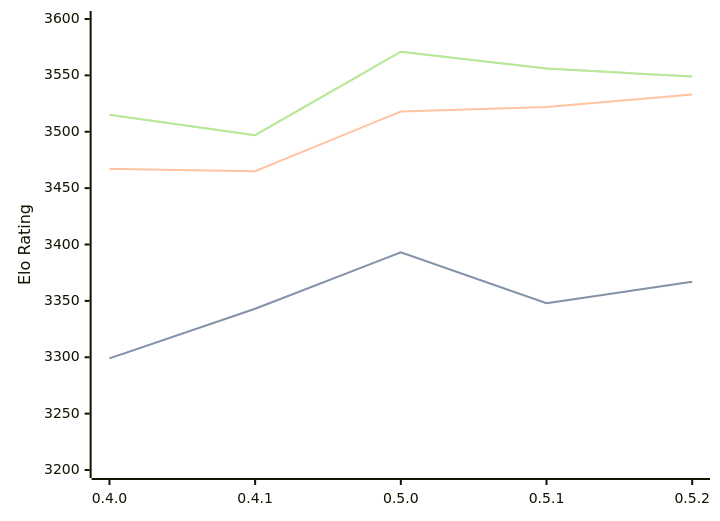
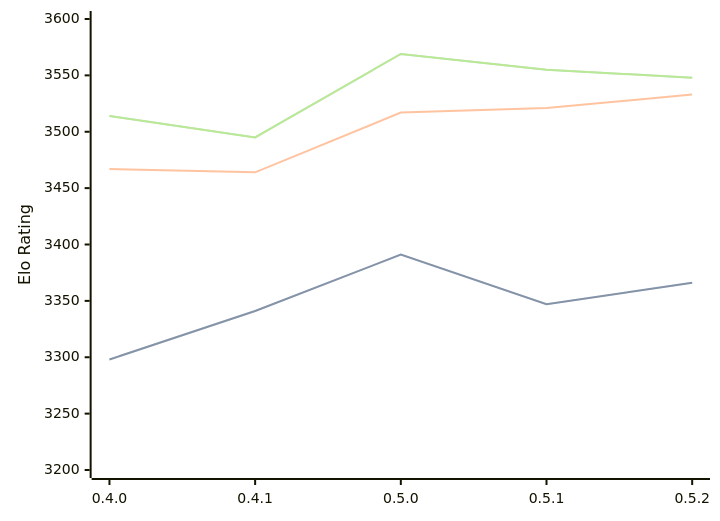
One commit to computer-chess-index/cci changed the diagram in engines/Cinder.md. Above: the diagram before and after it, drawn with Mermaid. The commit also changed other lines of this file, not shown here.

Commit message:
Update CCI Ratings (ELO VLTC) - 2026-08-04

````diff
--- a/engines/Cinder.md
+++ b/engines/Cinder.md
@@ -43,11 +43,11 @@
 ```mermaid
 %%{init: {"theme":"base","themeVariables":{"seriesColors:['#a3a3a3','#222221','#faa371']}}}%%
 xychart-beta
   x-axis ["0.4.0", "0.4.1", "0.5.0", "0.5.1", "0.5.2"]
   y-axis "Elo Rating" 3200 --> 3600
-  line "STC (8.0+0.08s)" [3299, 3343, 3393, 3348, 3367]
-  line "STC (8.0+0.08s)" [3299, 3343, 3393, 3348, 3367]
-  line "LTC (60.0+0.60s)" [3467, 3465, 3518, 3522, 3533]
-  line "VLTC (2m24s+1.12s)" [3515, 3497, 3571, 3556, 3549]
-  line "VLTC (2m24s+1.12s)" [3515, 3497, 3571, 3556, 3549]
+  line "STC (8.0+0.08s)" [3298, 3341, 3391, 3347, 3366]
+  line "STC (8.0+0.08s)" [3298, 3341, 3391, 3347, 3366]
+  line "LTC (60.0+0.60s)" [3467, 3464, 3517, 3521, 3533]
+  line "VLTC (2m24s+1.12s)" [3514, 3495, 3569, 3555, 3548]
+  line "VLTC (2m24s+1.12s)" [3514, 3495, 3569, 3555, 3548]
 ```
````
